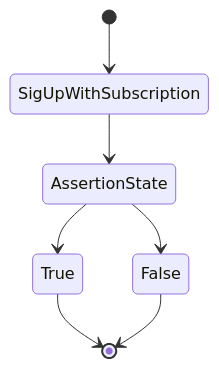
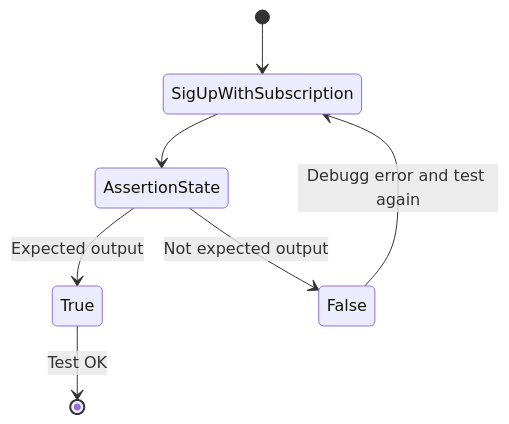
The fourth of 12 diagrams in model/TestModel.md (Emsaso/GetNews), drawn with Mermaid before and after one commit. The commit also changed other lines of this file, not shown here.

````diff
--- a/model/TestModel.md
+++ b/model/TestModel.md
@@ -104,12 +104,14 @@
 ```mermaid
 stateDiagram-v2
     [*] --> SigUpWithSubscription
         SigUpWithSubscription --> AssertionState
         
-        AssertionState --> True
-        AssertionState --> False
-        True --> [*]
-        False --> [*]
+
+        AssertionState --> True:Expected output
+        AssertionState --> False:Not expected output
+        
+        True --> [*]:Test OK
+        False --> SigUpWithSubscription:Debugg error and test again
 
 
 ```
````
